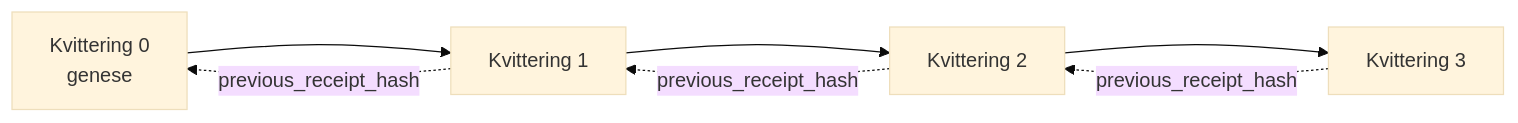
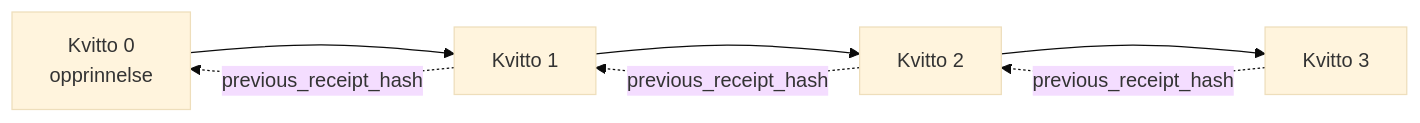
One commit to gabrielmoreira/agent-skills-mirror changed the second of 2 diagrams in mirrors/repos/microsoft@ai-agents-for-beginners/translations/no/18-securing-ai-agents/README.md. Above: the diagram before and after it, drawn with Mermaid (base theme). The commit also changed other lines of this file and 4262 other files, not shown here.

````diff
--- a/mirrors/repos/microsoft@ai-agents-for-beginners/translations/no/18-securing-ai-agents/README.md
+++ b/mirrors/repos/microsoft@ai-agents-for-beginners/translations/no/18-securing-ai-agents/README.md
@@ -206,9 +203,9 @@
 ```mermaid
 flowchart LR
-    R0[Kvittering 0<br/>genese] --> R1[Kvittering 1]
-    R1 --> R2[Kvittering 2]
-    R2 --> R3[Kvittering 3]
+    R0[Kvitto 0<br/>opprinnelse] --> R1[Kvitto 1]
+    R1 --> R2[Kvitto 2]
+    R2 --> R3[Kvitto 3]
     R1 -. previous_receipt_hash .-> R0
     R2 -. previous_receipt_hash .-> R1
     R3 -. previous_receipt_hash .-> R2
 ```
````
